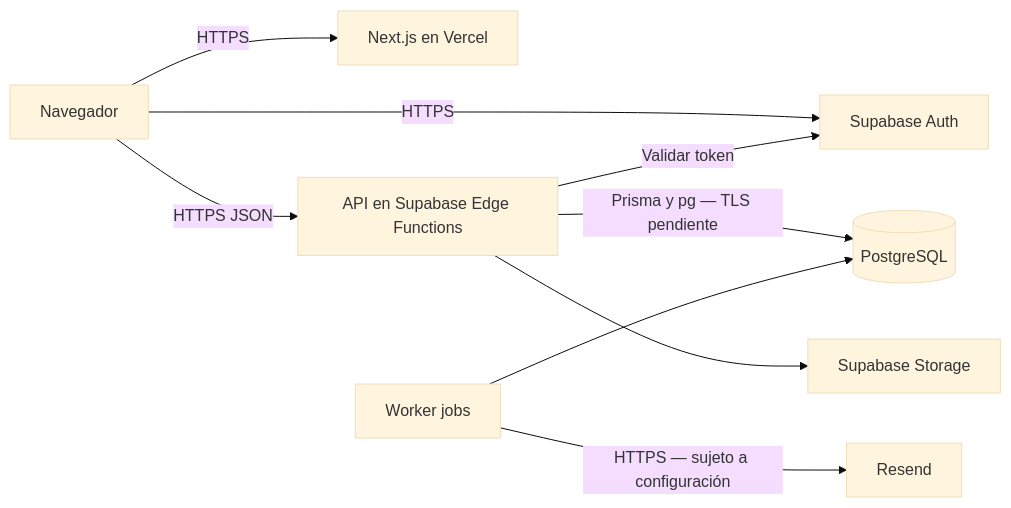
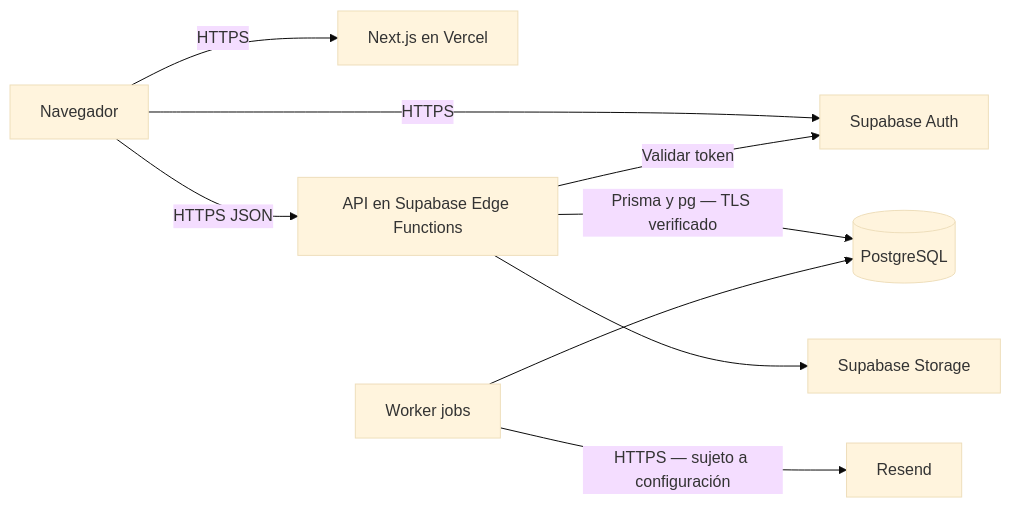
The diagram in README.md (DiegoDaher/lowkey-saints), drawn with Mermaid (base theme) before and after one commit. The commit also changed other lines of this file and 23 other files, not shown here.

````diff
--- a/README.md
+++ b/README.md
@@ -9,11 +9,11 @@
 ```mermaid
 flowchart LR
   U[Navegador] -->|HTTPS| N[Next.js en Vercel]
   U -->|HTTPS JSON| A[API en Supabase Edge Functions]
   U -->|HTTPS| H[Supabase Auth]
   A -->|Validar token| H
-  A -->|Prisma y pg — TLS pendiente| DB[(PostgreSQL)]
+  A -->|Prisma y pg — TLS verificado| DB[(PostgreSQL)]
   A --> S[Supabase Storage]
   J[Worker jobs] --> DB
   J -->|HTTPS — sujeto a configuración| R[Resend]
 ```
````
